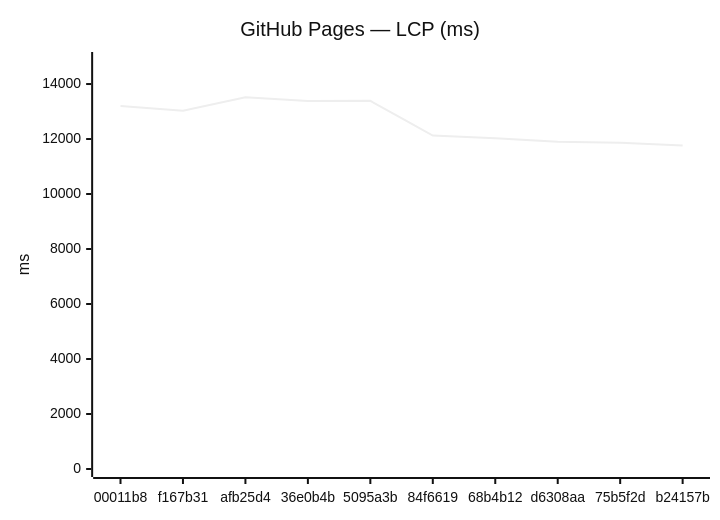
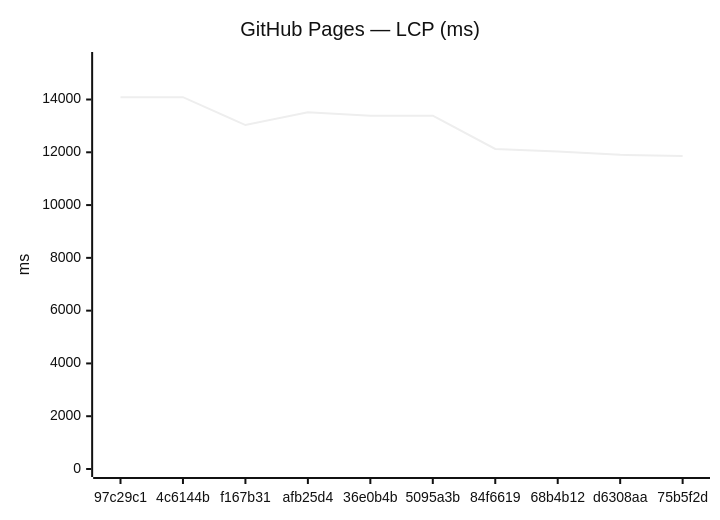
The third of 18 diagrams in benchmarks/compare.md (Metaheurist/Rianell), drawn with Mermaid (neutral theme) before and after one commit. The commit also changed other lines of this file and 11 other files, not shown here.

````diff
--- a/benchmarks/compare.md
+++ b/benchmarks/compare.md
@@ -54,7 +54,7 @@
 ```mermaid
 xychart-beta
     title "GitHub Pages — LCP (ms)"
-    x-axis ["00011b8", "f167b31", "afb25d4", "36e0b4b", "5095a3b", "84f6619", "68b4b12", "d6308aa", "75b5f2d", "b24157b"]
-    y-axis "ms" 0 --> 14874
-    line [13203, 13032, 13521, 13383, 13388, 12127, 12028, 11904, 11863, 11768]
+    x-axis ["97c29c1", "4c6144b", "f167b31", "afb25d4", "36e0b4b", "5095a3b", "84f6619", "68b4b12", "d6308aa", "75b5f2d"]
+    y-axis "ms" 0 --> 15497
+    line [14085, 14088, 13032, 13521, 13383, 13388, 12127, 12028, 11904, 11863]
 ```
````
